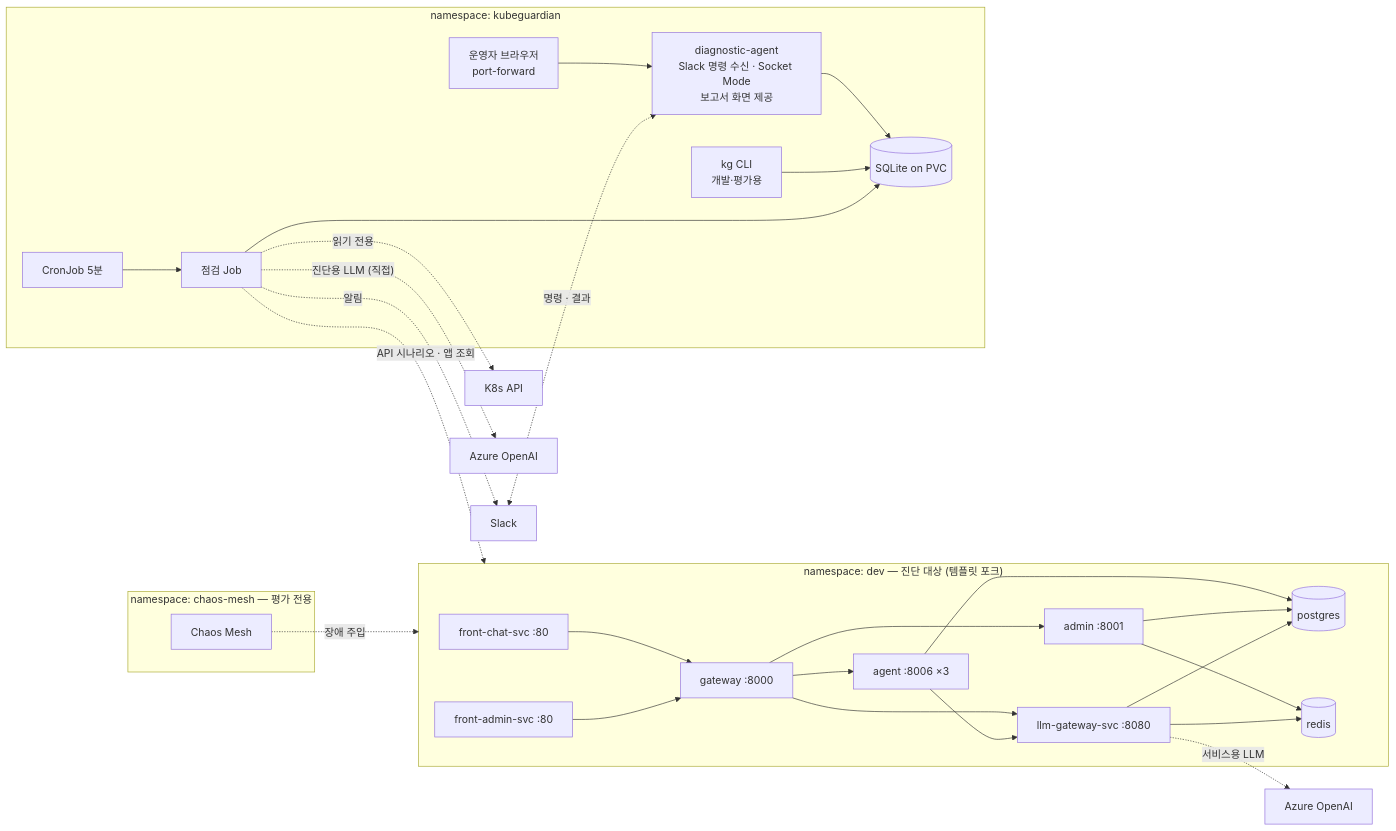
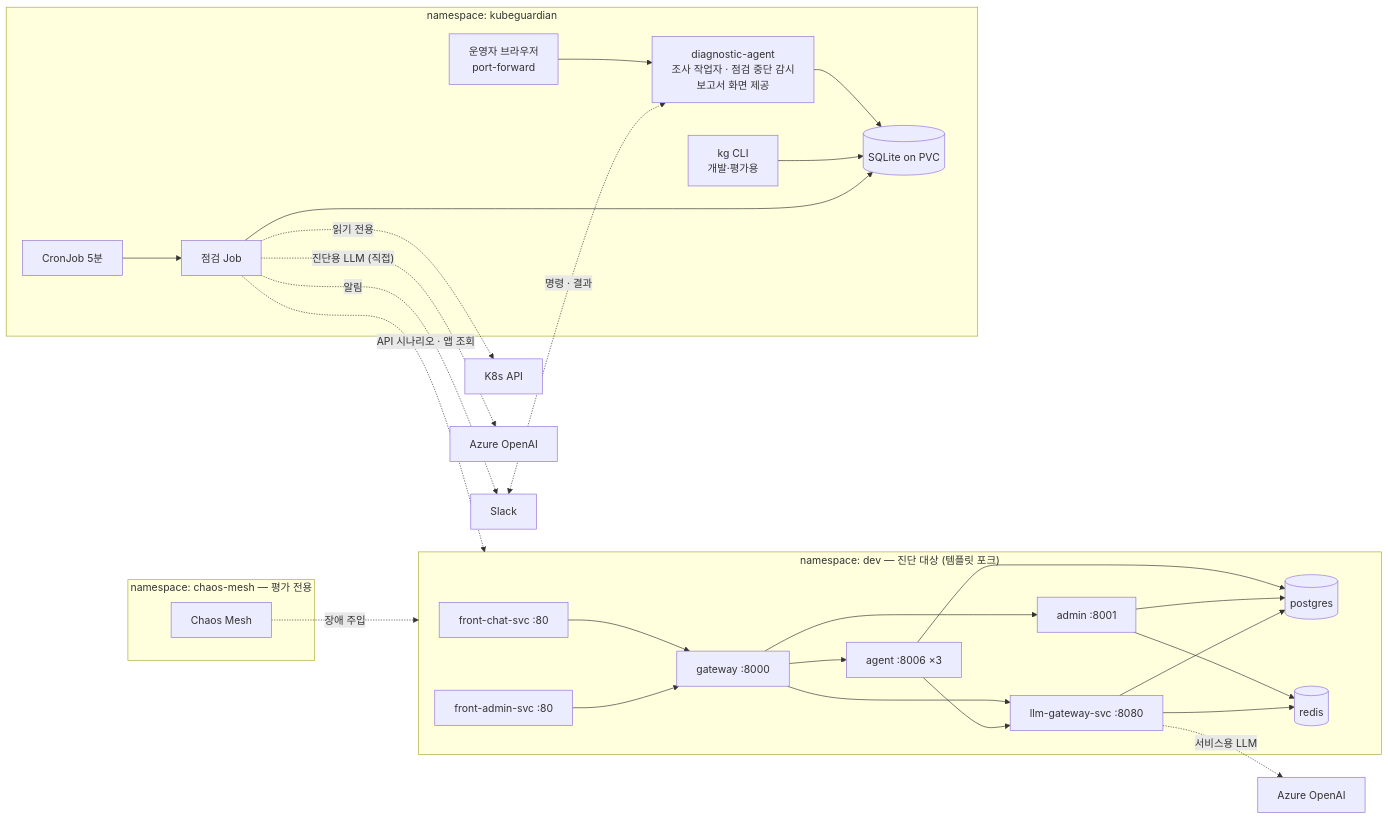
One commit to skax-jihyeryu/KubeGuardian changed the second of 3 diagrams in docs/01-project-proposal.md. Above: the diagram before and after it, drawn with Mermaid. The commit also changed other lines of this file and 3 other files, not shown here.

````diff
--- a/docs/01-project-proposal.md
+++ b/docs/01-project-proposal.md
@@ -167,33 +167,33 @@
 ```mermaid
 flowchart LR
     subgraph ns_dev["namespace: dev — 진단 대상 (템플릿 포크)"]
         FC[front-chat-svc :80] --> GW[gateway :8000]
         FA[front-admin-svc :80] --> GW
         GW --> AG[agent :8006 ×3]
         GW --> AD[admin :8001]
         GW --> LG[llm-gateway-svc :8080]
         AG --> LG
         AG --> PG[(postgres)]
         AD --> PG
         AD --> RD[(redis)]
         LG --> PG
         LG --> RD
     end
     LG -. 서비스용 LLM .-> AOAI1[Azure OpenAI]
     subgraph ns_kg[namespace: kubeguardian]
         CJ[CronJob 5분] --> JOB[점검 Job]
-        DA[diagnostic-agent<br/>Slack 명령 수신 · Socket Mode<br/>보고서 화면 제공] --> ST
+        DA[diagnostic-agent<br/>조사 작업자 · 점검 중단 감시<br/>보고서 화면 제공] --> ST
         CLI[kg CLI<br/>개발·평가용] --> ST
         OP[운영자 브라우저<br/>port-forward] --> DA
         JOB --> ST[(SQLite on PVC)]
     end
     JOB -. 읽기 전용 .-> K8S[K8s API]
     JOB -. API 시나리오 · 앱 조회 .-> ns_dev
     JOB -. 진단용 LLM (직접) .-> AOAI2[Azure OpenAI]
     JOB -. 알림 .-> SLACK[Slack]
     SLACK <-. 명령 · 결과 .-> DA
     subgraph ns_chaos[namespace: chaos-mesh — 평가 전용]
         CM[Chaos Mesh]
     end
     CM -. 장애 주입 .-> ns_dev
 ```
````
